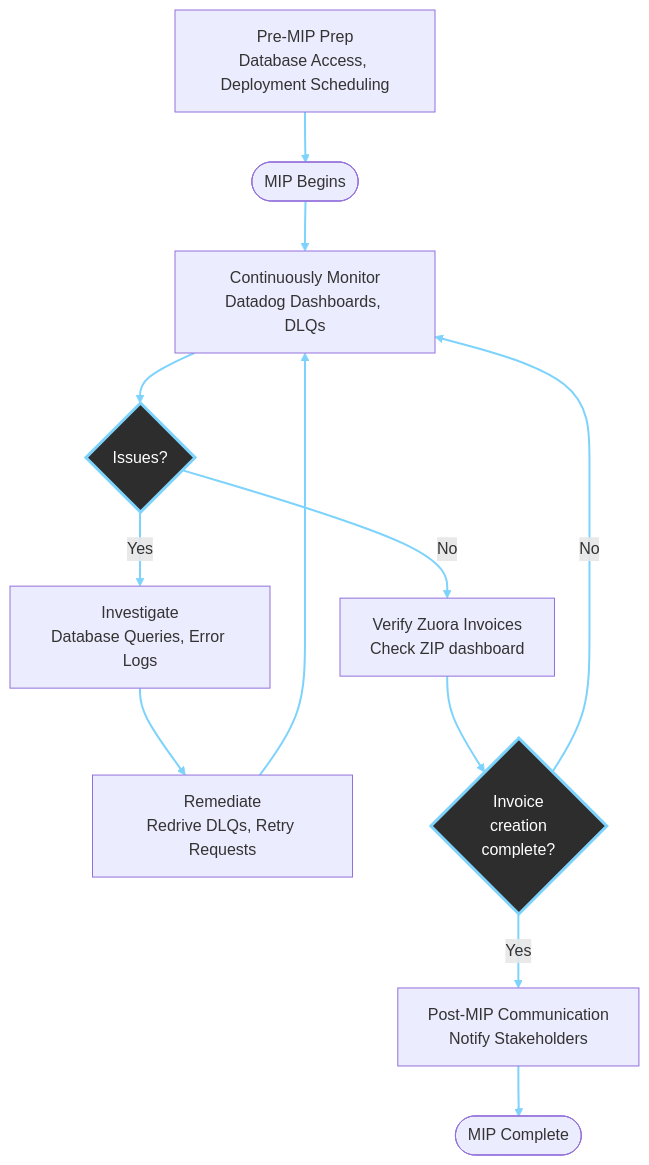
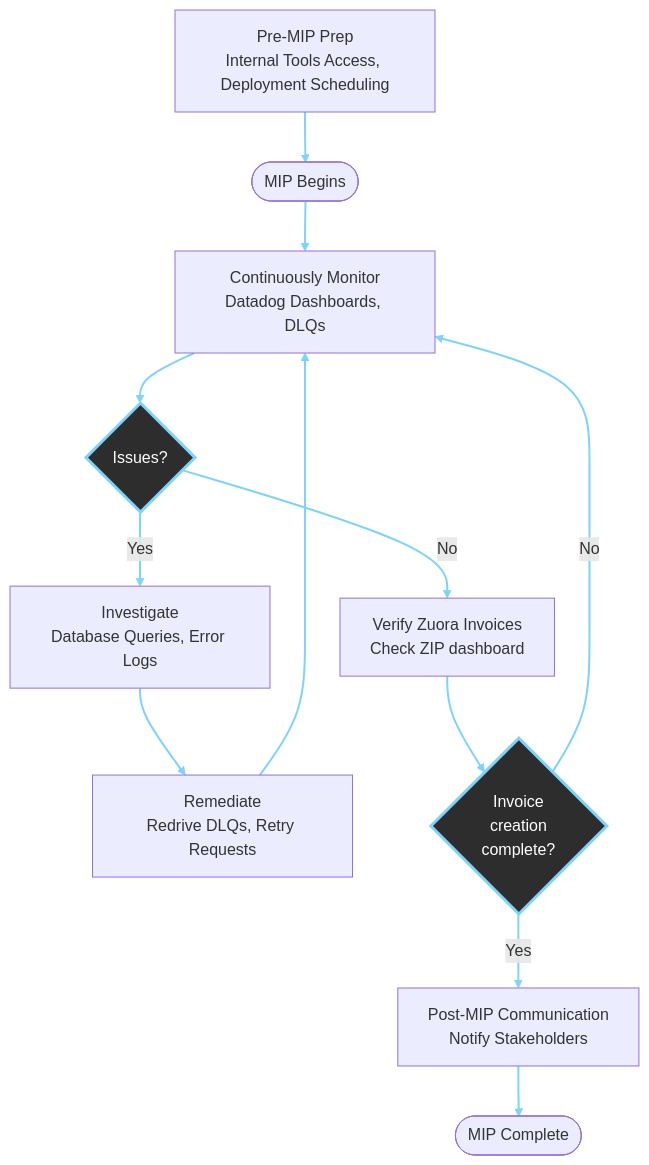
The diagram in docs/mip-reference-guide/index.md (rhyannonjoy/fake-financial-engineering-hub), drawn with Mermaid before and after one commit. The commit also changed other lines of this file, not shown here.

Commit message:
style(mip): remove backticks

```diff
--- a/docs/mip-reference-guide/index.md
+++ b/docs/mip-reference-guide/index.md
@@ -27,19 +27,19 @@
 <div class="mermaid">
 flowchart TD
-    Prep[Pre-MIP Prep<br/>Database Access, Deployment Scheduling]
+    Prep[Pre-MIP Prep<br/>Internal Tools Access, Deployment Scheduling]
     Prep --> Start([MIP Begins])
     Start --> Monitor[Continuously Monitor<br/>Datadog Dashboards, DLQs]
     Monitor --> Check{Issues?}
     Check -->|Yes| Investigate[Investigate<br/>Database Queries, Error Logs]
     Check -->|No| Verify[Verify Zuora Invoices<br/>Check ZIP dashboard]
     Investigate --> Remediate[Remediate<br/>Redrive DLQs, Retry Requests]
     Remediate --> Monitor
     Verify --> Complete{Invoice<br/>creation<br/>complete?}
     Complete -->|No| Monitor
     Complete -->|Yes| Communicate[Post-MIP Communication<br/>Notify Stakeholders]
     Communicate --> End([MIP Complete])
 
     linkStyle default stroke:#7dd3fc,stroke-width:2px
     classDef decision fill:#2d2d2d,stroke:#7dd3fc,stroke-width:3px,color:#fff
     class Check,Complete decision
 </div>
```
